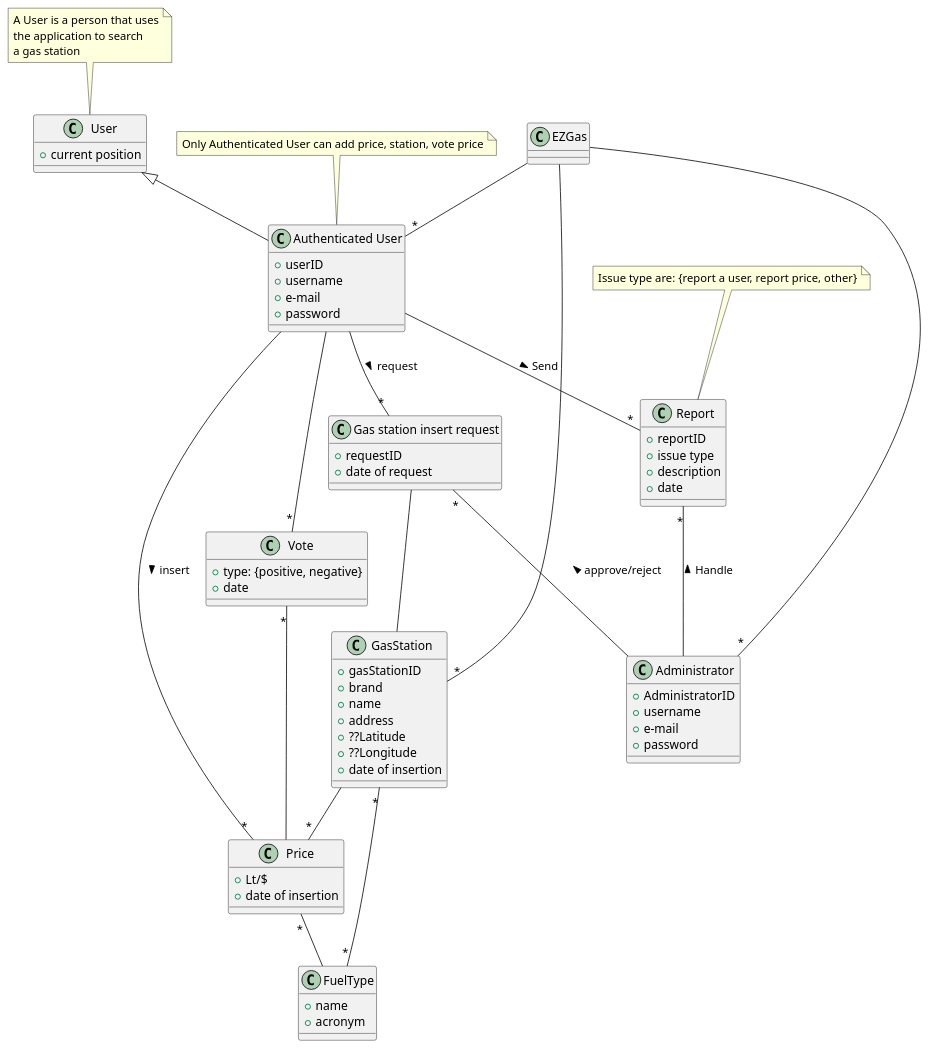
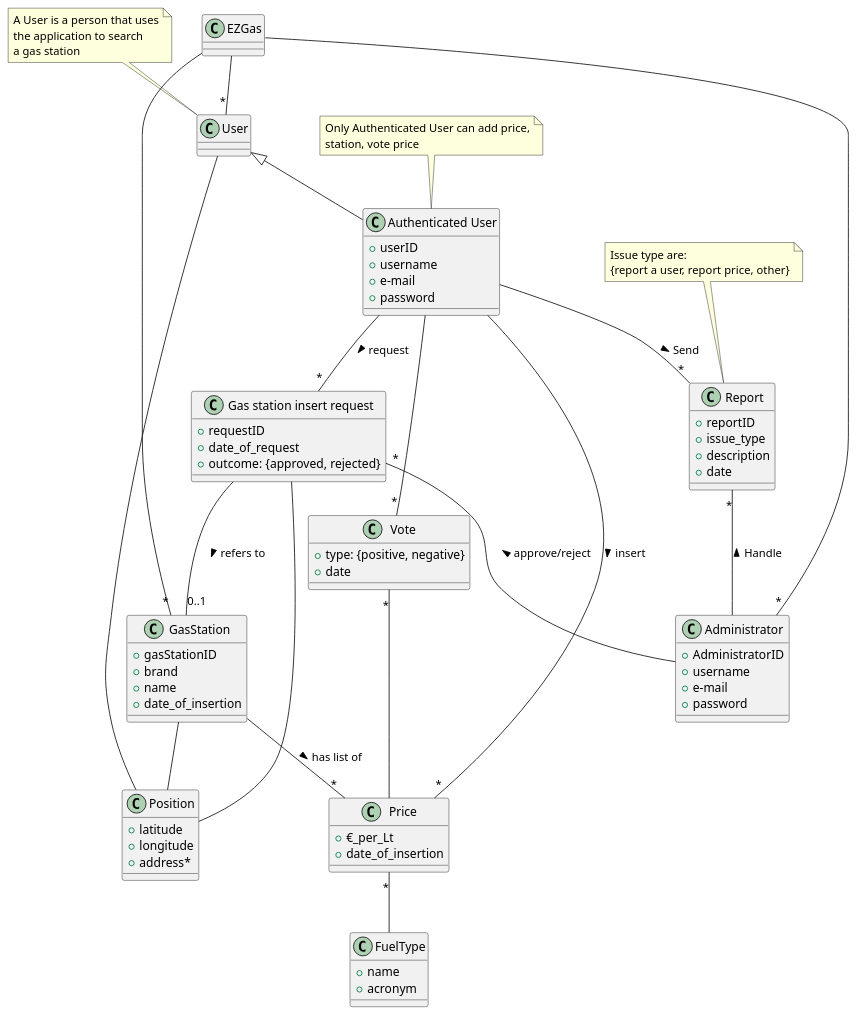
One commit to SE2-group4/SE1-project changed the third of 3 diagrams in docs/RequirementsDocument.md. Above: the diagram before and after it, drawn with PlantUML.

Commit message:
docs: modified UML diagram

````diff
--- a/docs/RequirementsDocument.md
+++ b/docs/RequirementsDocument.md
@@ -310,9 +310,7 @@
 @startuml
 class EZGas
 
-class User{
-  + current position
-}
+class User
 
 class "Authenticated User"{
   + userID
@@ -332,17 +330,14 @@
   + gasStationID
   + brand
   + name
-  + address
-  + ??Latitude
-  + ??Longitude
-  + date of insertion
+  + date_of_insertion
 }
 
 class "Gas station insert request"{
   + requestID
-  + date of request
+  + date_of_request
+  + outcome: {approved, rejected}
 }
-
 
 class FuelType{
   + name
@@ -350,8 +345,8 @@
 }
 
 class Price{
-  + Lt/$
-  + date of insertion
+  + €_per_Lt
+  + date_of_insertion
 }
 
 class Vote{
@@ -361,23 +356,30 @@
 
 class Report{
   + reportID
-  + issue type
+  + issue_type
   + description
   + date
 }
 
+class Position{
+	+ latitude
+	+ longitude
+	+ address*
+}
 
+User -- Position
 User <|-- "Authenticated User"
-EZGas -- "*" "Authenticated User"
+EZGas -- "*" User
 EZGas -- "*" GasStation
 EZGas -- "*" Administrator
 Price "*" -- FuelType
-GasStation -- "*" Price
-GasStation "*" -- "*" FuelType
+GasStation -- "*" Price : has list of >
+GasStation -- Position
 "Authenticated User" -- "*" Vote
 "Authenticated User" -- "*" Price : insert >
 "Authenticated User" -- "*" "Gas station insert request" : request >
-"Gas station insert request" -- GasStation
+"Gas station insert request" -- "0..1" GasStation : refers to >
+"Gas station insert request" -- Position
 "Gas station insert request" "*" -- Administrator : < approve/reject 
 Vote "*" -- Price
 "Authenticated User"-- "*" Report : Send >
@@ -387,10 +389,10 @@
 note "A User is a person that uses\nthe application to search\na gas station" as N1
 N1 .. User
 
-note "Only Authenticated User can add price, station, vote price" as N2
+note "Only Authenticated User can add price,\nstation, vote price" as N2
 N2 .. "Authenticated User"
 
-note "Issue type are: {report a user, report price, other}" as N3
+note "Issue type are: \n{report a user, report price, other}" as N3
 N3 .. Report
 @enduml
 ```
````
